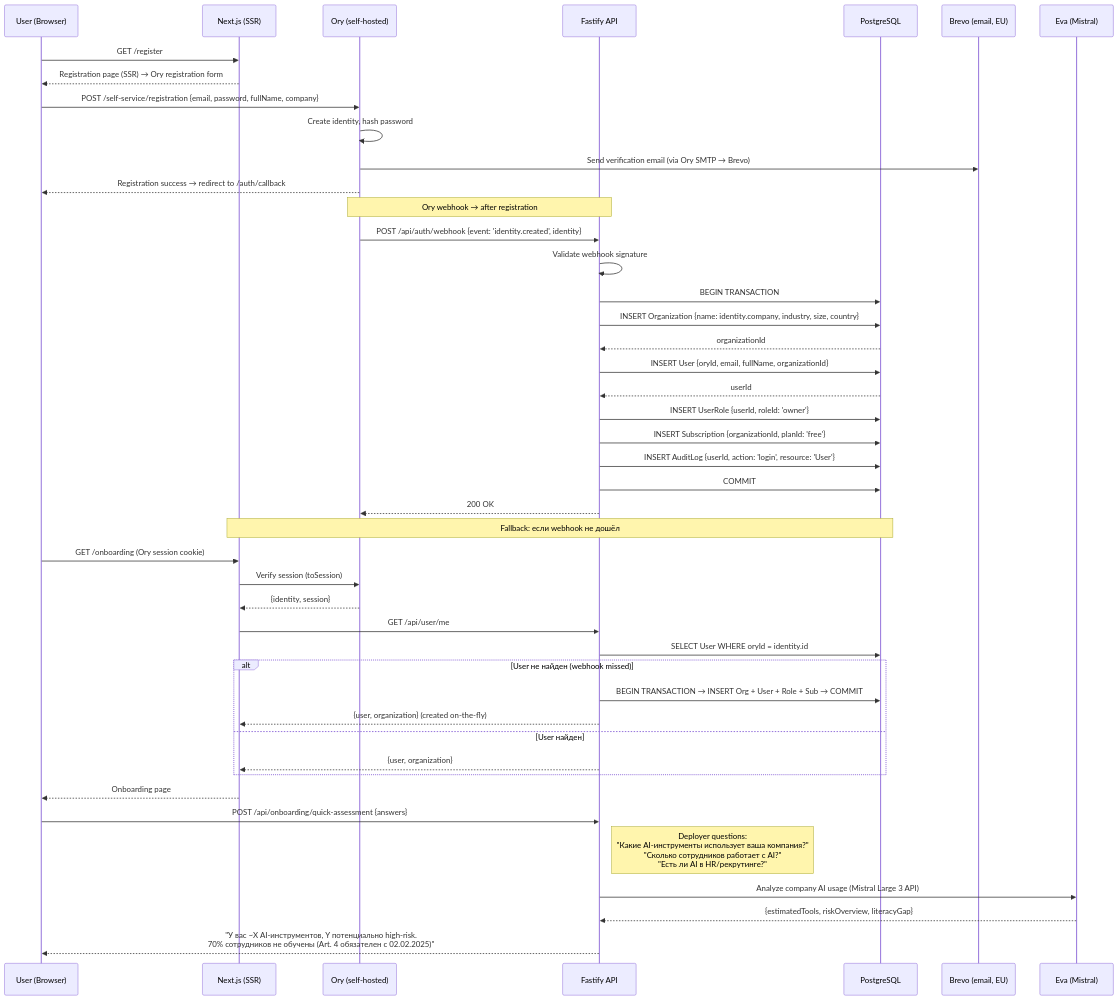
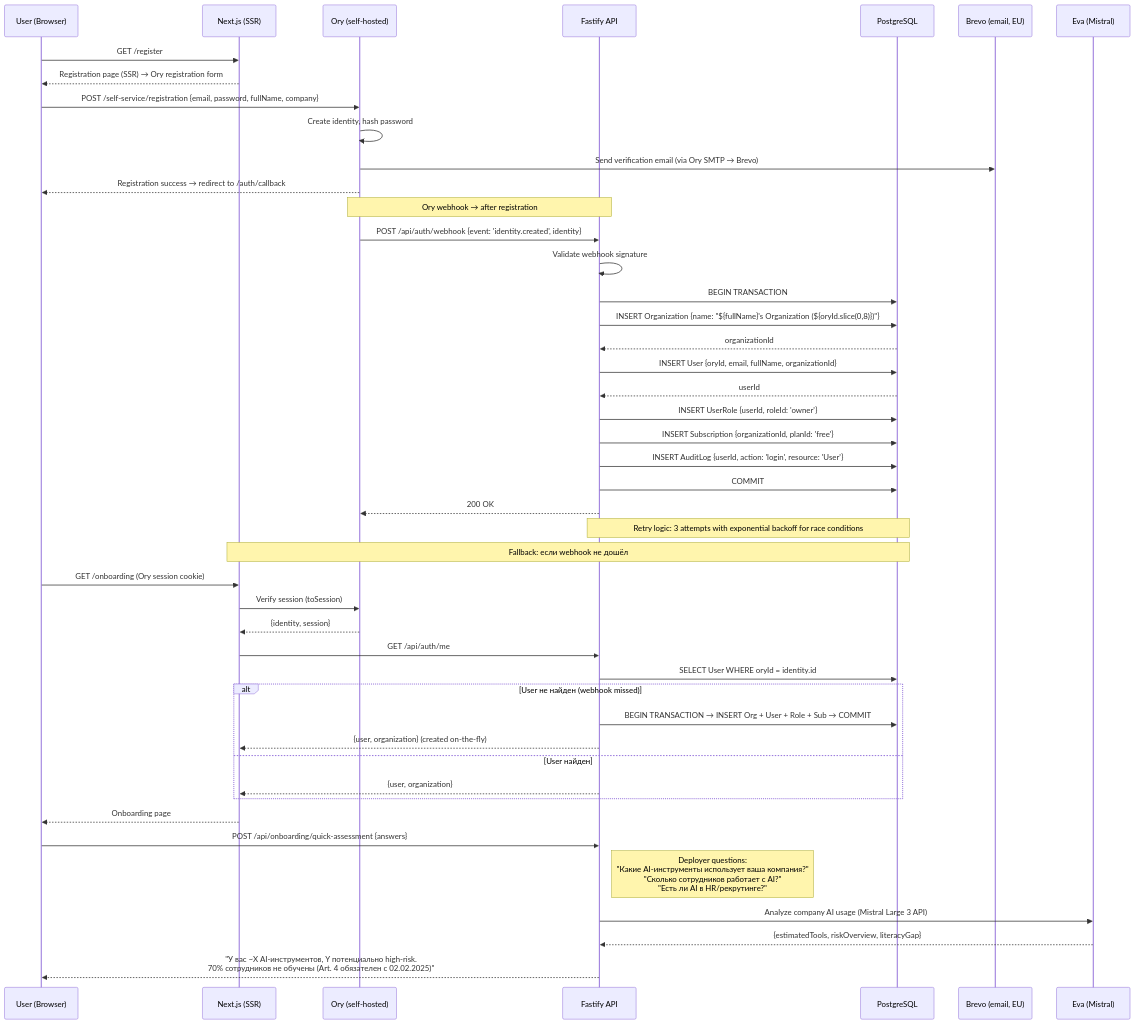
The first of 14 diagrams in docs/DATA-FLOWS.md (complior/complior), drawn with Mermaid before and after one commit. The commit also changed 30 other files, not shown here.

````diff
--- a/docs/DATA-FLOWS.md
+++ b/docs/DATA-FLOWS.md
@@ -15,52 +15,54 @@
 ```mermaid
 sequenceDiagram
     participant User as User (Browser)
     participant Next as Next.js (SSR)
     participant Ory as Ory (self-hosted)
     participant API as Fastify API
     participant DB as PostgreSQL
     participant Brevo as Brevo (email, EU)
     participant Eva as Eva (Mistral)
 
     User->>Next: GET /register
     Next-->>User: Registration page (SSR) → Ory registration form
 
     User->>Ory: POST /self-service/registration {email, password, fullName, company}
     Ory->>Ory: Create identity, hash password
     Ory->>Brevo: Send verification email (via Ory SMTP → Brevo)
     Ory-->>User: Registration success → redirect to /auth/callback
 
     Note over Ory,API: Ory webhook → after registration
     Ory->>API: POST /api/auth/webhook {event: 'identity.created', identity}
     API->>API: Validate webhook signature
     API->>DB: BEGIN TRANSACTION
-    API->>DB: INSERT Organization {name: identity.company, industry, size, country}
+    API->>DB: INSERT Organization {name: "${fullName}'s Organization (${oryId.slice(0,8)})"}
     DB-->>API: organizationId
     API->>DB: INSERT User {oryId, email, fullName, organizationId}
     DB-->>API: userId
     API->>DB: INSERT UserRole {userId, roleId: 'owner'}
     API->>DB: INSERT Subscription {organizationId, planId: 'free'}
     API->>DB: INSERT AuditLog {userId, action: 'login', resource: 'User'}
     API->>DB: COMMIT
     API-->>Ory: 200 OK
 
+    Note over API,DB: Retry logic: 3 attempts with exponential backoff for race conditions
+
     Note over Next,DB: Fallback: если webhook не дошёл
     User->>Next: GET /onboarding (Ory session cookie)
     Next->>Ory: Verify session (toSession)
     Ory-->>Next: {identity, session}
-    Next->>API: GET /api/user/me
+    Next->>API: GET /api/auth/me
     API->>DB: SELECT User WHERE oryId = identity.id
     alt User не найден (webhook missed)
         API->>DB: BEGIN TRANSACTION → INSERT Org + User + Role + Sub → COMMIT
         API-->>Next: {user, organization} (created on-the-fly)
     else User найден
         API-->>Next: {user, organization}
     end
     Next-->>User: Onboarding page
 
     User->>API: POST /api/onboarding/quick-assessment {answers}
     Note right of API: Deployer questions:<br/>"Какие AI-инструменты использует ваша компания?"<br/>"Сколько сотрудников работает с AI?"<br/>"Есть ли AI в HR/рекрутинге?"
     API->>Eva: Analyze company AI usage (Mistral Large 3 API)
     Eva-->>API: {estimatedTools, riskOverview, literacyGap}
     API-->>User: "У вас ~X AI-инструментов, Y потенциально high-risk.<br/>70% сотрудников не обучены (Art. 4 обязателен с 02.02.2025)"
 ```
````
